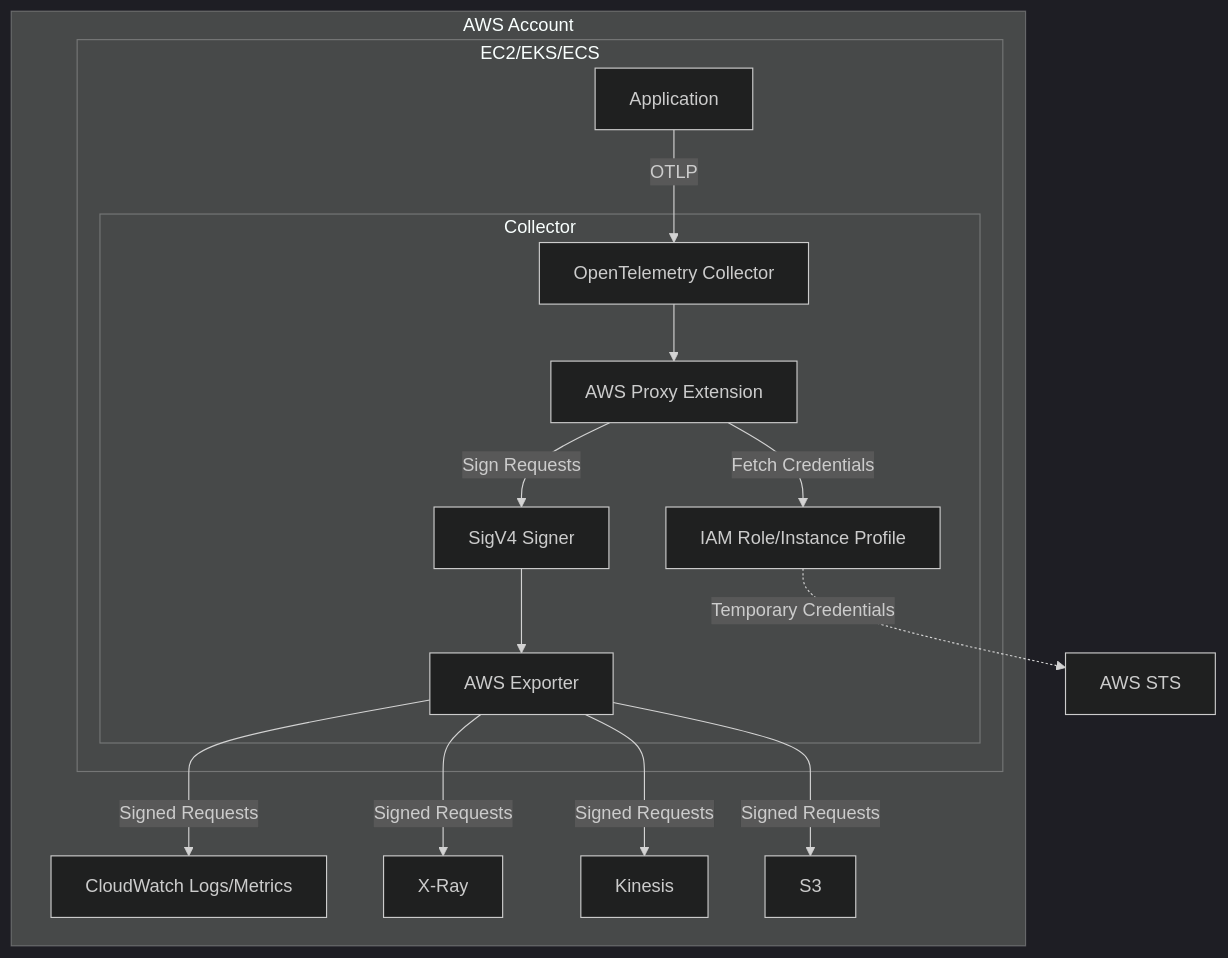
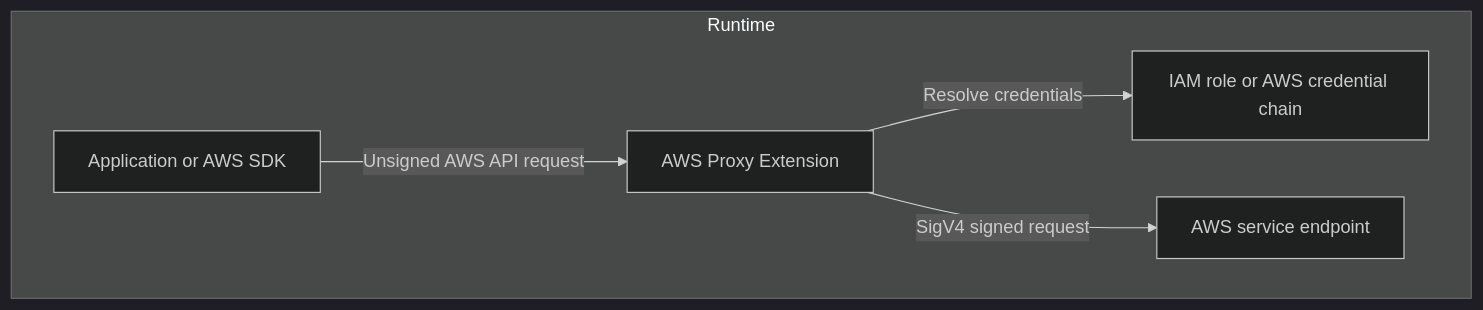
The diagram in posts/2026-02-06-aws-proxy-extension-opentelemetry-collector/README.md (OneUptime/blog), drawn with Mermaid (dark theme) before and after one commit. The commit also changed other lines of this file and 2 other files, not shown here.

Commit message:
validate: 2026-02-06-aws-proxy-extension-opentelemetry-collector

````diff
--- a/posts/2026-02-06-aws-proxy-extension-opentelemetry-collector/README.md
+++ b/posts/2026-02-06-aws-proxy-extension-opentelemetry-collector/README.md
@@ -47,22 +46,8 @@
 ```mermaid
 graph TB
-    subgraph AWS Account
-        subgraph EC2/EKS/ECS
-            A[Application] -->|OTLP| C[OpenTelemetry Collector]
-
-            subgraph Collector
-                C --> AP[AWS Proxy Extension]
-                AP -->|Fetch Credentials| IAM[IAM Role/Instance Profile]
-                AP -->|Sign Requests| SIG[SigV4 Signer]
-                SIG --> EXP[AWS Exporter]
-            end
-        end
-
-        EXP -->|Signed Requests| CW[CloudWatch Logs/Metrics]
-        EXP -->|Signed Requests| XR[X-Ray]
-        EXP -->|Signed Requests| KIN[Kinesis]
-        EXP -->|Signed Requests| S3[S3]
+    subgraph Runtime
+        A[Application or AWS SDK] -->|Unsigned AWS API request| AP[AWS Proxy Extension]
+        AP -->|Resolve credentials| IAM[IAM role or AWS credential chain]
+        AP -->|SigV4 signed request| AWS[AWS service endpoint]
     end
-
-    IAM -.->|Temporary Credentials| STS[AWS STS]
 ```
````
